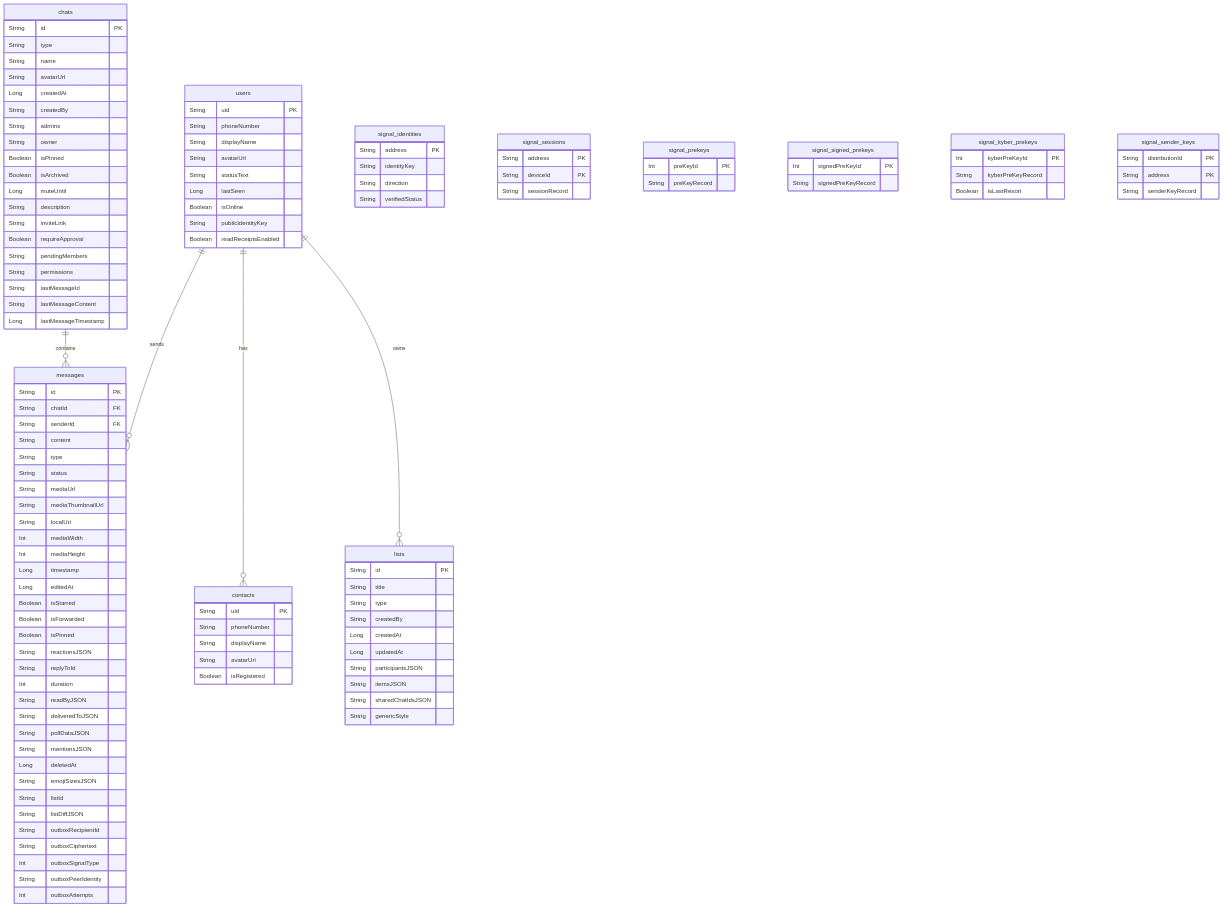
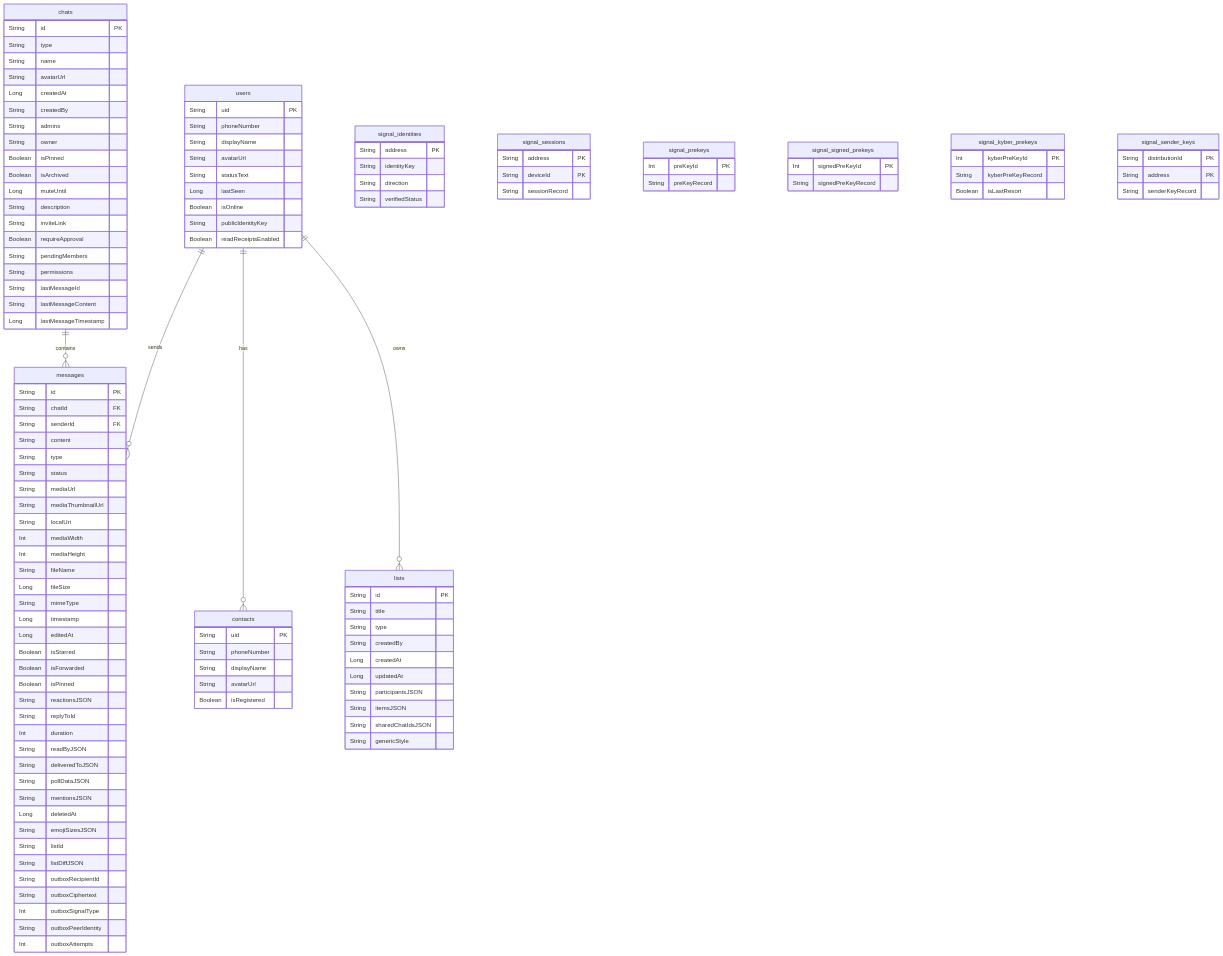
Before and after one commit to gomorra/fire-stream-chat: the diagram in docs/SCHEMA-ROOM.md, drawn with Mermaid. The commit also changed 32 other files, not shown here.

```diff
--- a/docs/SCHEMA-ROOM.md
+++ b/docs/SCHEMA-ROOM.md
@@ -72,6 +72,9 @@
         String localUri
         Int mediaWidth
         Int mediaHeight
+        String fileName
+        Long fileSize
+        String mimeType
         Long timestamp
         Long editedAt
         Boolean isStarred
```
